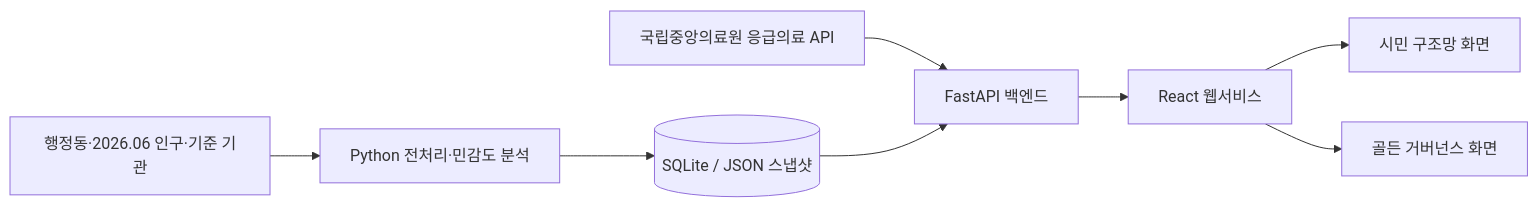
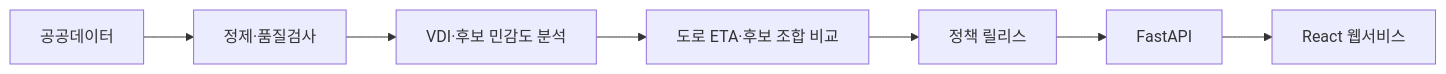
Before and after one commit to ssg-sak/golden-project: the diagram in README.md, drawn with Mermaid. The commit also changed other lines of this file, not shown here.

````diff
--- a/README.md
+++ b/README.md
@@ -196,10 +41,9 @@
 ```mermaid
 flowchart LR
-    A[국립중앙의료원 응급의료 API] --> B[FastAPI 백엔드]
-    C[행정동·2026.06 인구·기준 기관] --> D[Python 전처리·민감도 분석]
-    D --> E[(SQLite / JSON 스냅샷)]
-    E --> B
-    B --> F[React 웹서비스]
-    F --> G[시민 구조망 화면]
-    F --> H[골든 거버넌스 화면]
+    A[공공데이터] --> B[정제·품질검사]
+    B --> C[VDI·후보 민감도 분석]
+    C --> D[도로 ETA·후보 조합 비교]
+    D --> E[정책 릴리스]
+    E --> F[FastAPI]
+    F --> G[React 웹서비스]
 ```
````
